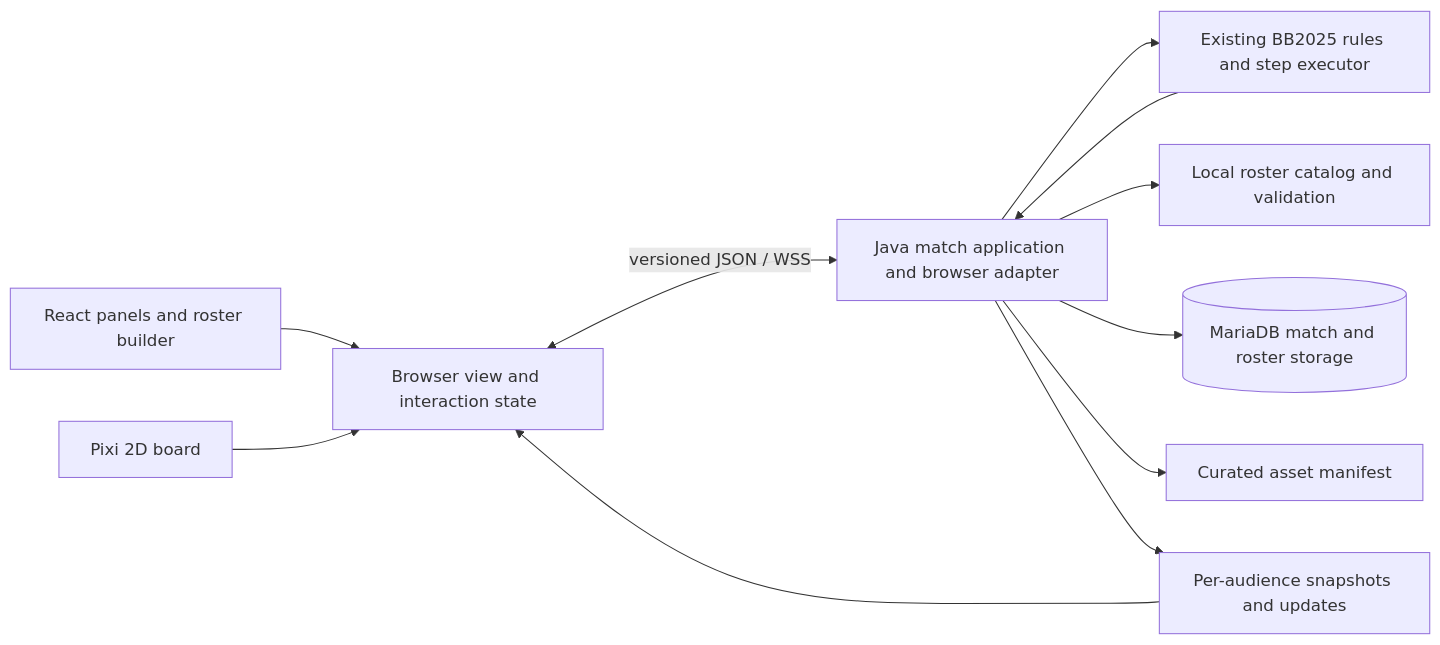
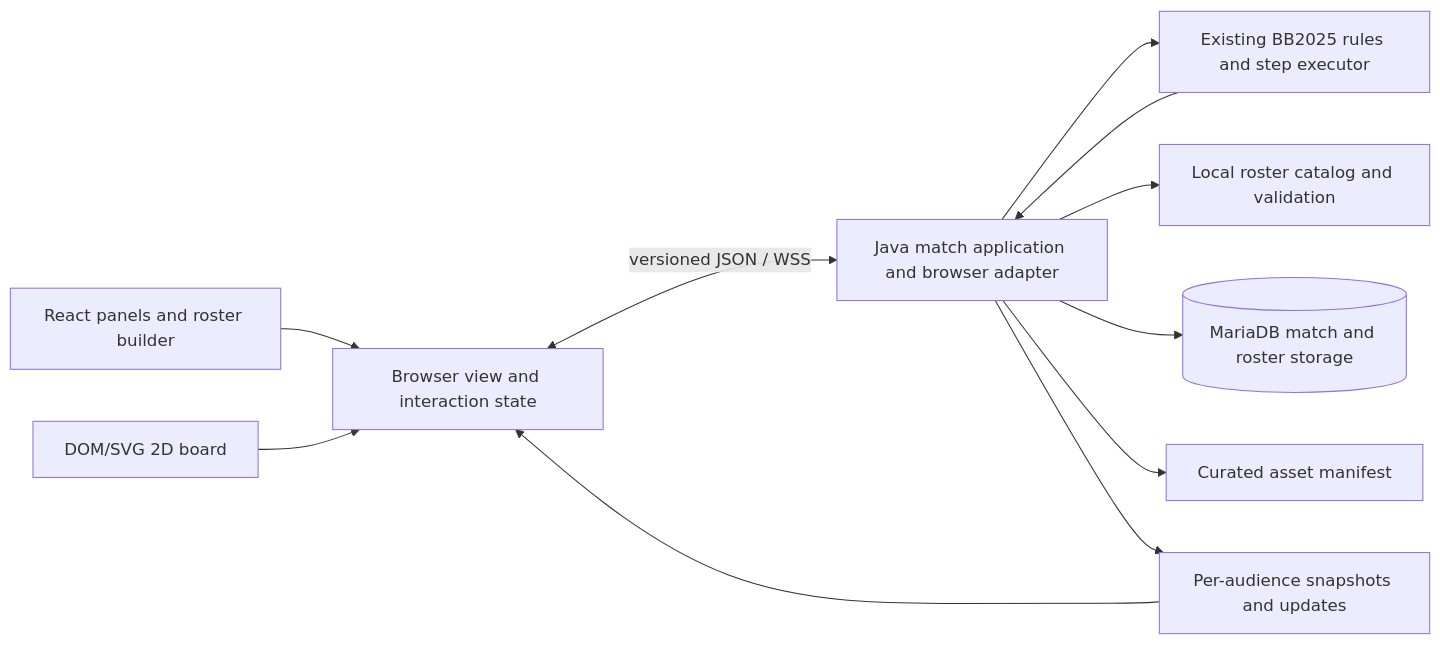
Before and after one commit to the-grognard-codes/fumbbl-rebuild: the diagram in .notes/overhaul-analysis/04-technology-and-decisions.md, drawn with Mermaid. The commit also changed other lines of this file and 17 other files, not shown here.

````diff
--- a/.notes/overhaul-analysis/04-technology-and-decisions.md
+++ b/.notes/overhaul-analysis/04-technology-and-decisions.md
@@ -77,13 +81,13 @@
 ```mermaid
 flowchart LR
   UI[React panels and roster builder] --> STORE[Browser view and interaction state]
-  BOARD[Pixi 2D board] --> STORE
+  BOARD[DOM/SVG 2D board] --> STORE
   STORE <-->|versioned JSON / WSS| APP[Java match application and browser adapter]
   APP --> ENGINE[Existing BB2025 rules and step executor]
   APP --> CATALOG[Local roster catalog and validation]
   APP --> DB[(MariaDB match and roster storage)]
   APP --> ASSETS[Curated asset manifest]
   ENGINE --> APP
   APP --> VIEW[Per-audience snapshots and updates]
   VIEW --> STORE
 ```
````
